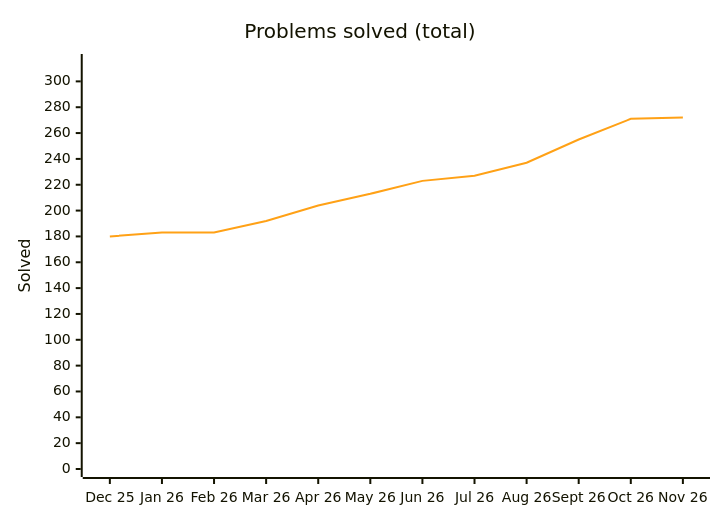
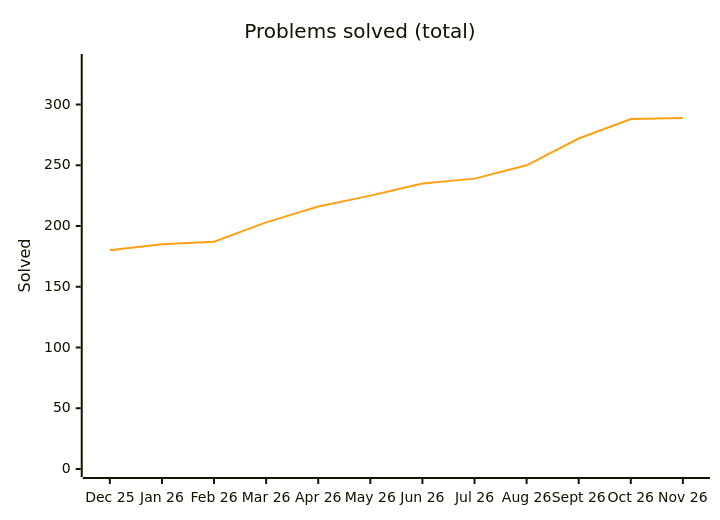
The diagram in README.md (Ved-u/Java-DSA), drawn with Mermaid before and after one commit. The commit also changed other lines of this file and 19 other files, not shown here.

````diff
--- a/README.md
+++ b/README.md
@@ -53,8 +53,8 @@
 ```mermaid
 %%{init: {"themeVariables": {"xyChart": {"plotColorPalette": "#ffa116"}}}}%%
 xychart-beta
     title "Problems solved (total)"
     x-axis ["Dec 25", "Jan 26", "Feb 26", "Mar 26", "Apr 26", "May 26", "Jun 26", "Jul 26", "Aug 26", "Sept 26", "Oct 26", "Nov 26"]
-    y-axis "Solved" 0 --> 315
-    line [180, 183, 183, 192, 204, 213, 223, 227, 237, 255, 271, 272]
+    y-axis "Solved" 0 --> 335
+    line [180, 185, 187, 203, 216, 225, 235, 239, 250, 272, 288, 289]
 ```
````
